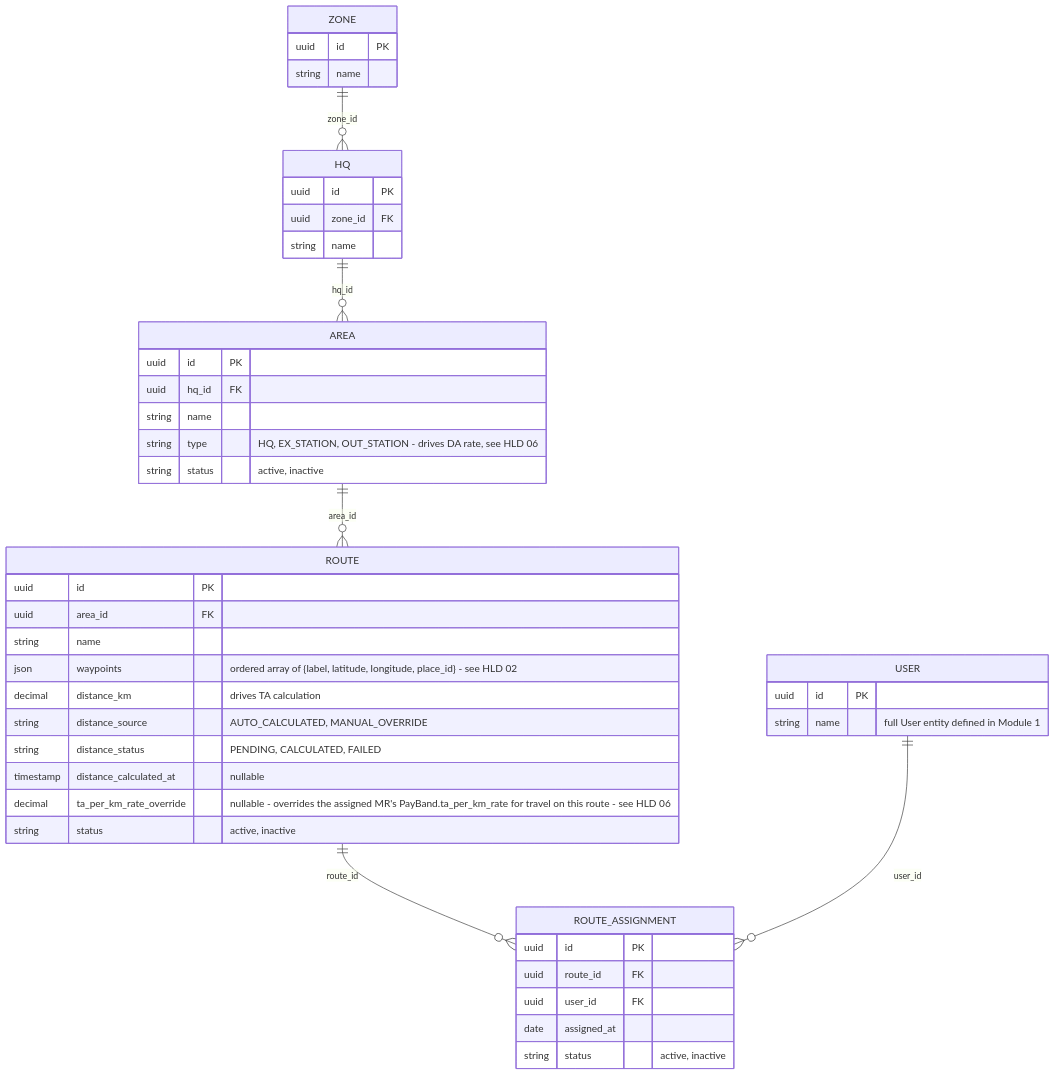
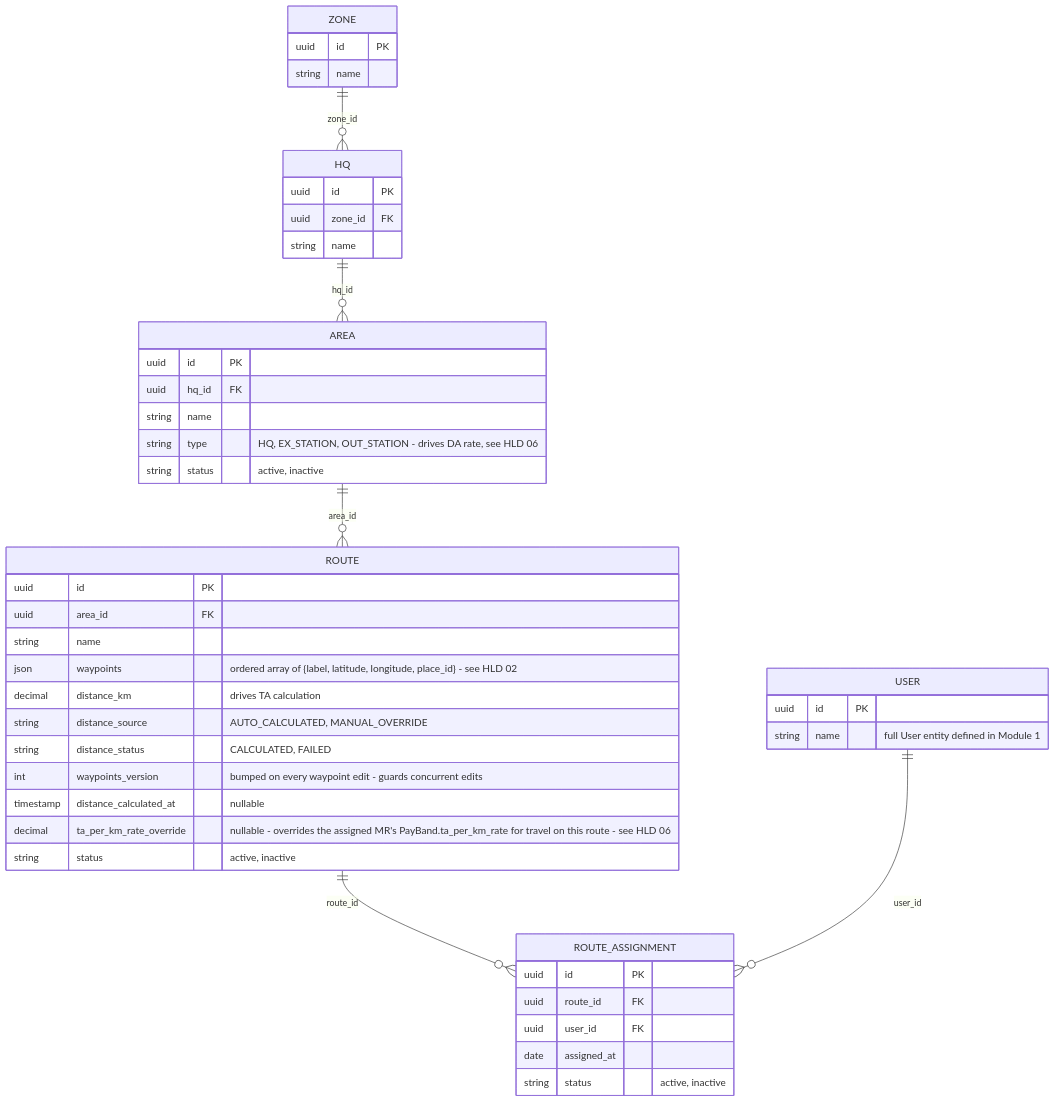
The diagram in docs/erd/02-territory-master.md (reboot-ai-private-limited/greynote), drawn with Mermaid before and after one commit. The commit also changed other lines of this file and 5 other files, not shown here.

````diff
--- a/docs/erd/02-territory-master.md
+++ b/docs/erd/02-territory-master.md
@@ -8,48 +8,49 @@
 ```mermaid
 erDiagram
     USER {
         uuid id PK
         string name "full User entity defined in Module 1"
     }
     ZONE {
         uuid id PK
         string name
     }
     HQ {
         uuid id PK
         uuid zone_id FK
         string name
     }
     AREA {
         uuid id PK
         uuid hq_id FK
         string name
         string type "HQ, EX_STATION, OUT_STATION - drives DA rate, see HLD 06"
         string status "active, inactive"
     }
     ROUTE {
         uuid id PK
         uuid area_id FK
         string name
         json waypoints "ordered array of {label, latitude, longitude, place_id} - see HLD 02"
         decimal distance_km "drives TA calculation"
         string distance_source "AUTO_CALCULATED, MANUAL_OVERRIDE"
-        string distance_status "PENDING, CALCULATED, FAILED"
+        string distance_status "CALCULATED, FAILED"
+        int waypoints_version "bumped on every waypoint edit - guards concurrent edits"
         timestamp distance_calculated_at "nullable"
         decimal ta_per_km_rate_override "nullable - overrides the assigned MR's PayBand.ta_per_km_rate for travel on this route - see HLD 06"
         string status "active, inactive"
     }
     ROUTE_ASSIGNMENT {
         uuid id PK
         uuid route_id FK
         uuid user_id FK
         date assigned_at
         string status "active, inactive"
     }
 
     ZONE ||--o{ HQ : "zone_id"
     HQ ||--o{ AREA : "hq_id"
     AREA ||--o{ ROUTE : "area_id"
     ROUTE ||--o{ ROUTE_ASSIGNMENT : "route_id"
     USER ||--o{ ROUTE_ASSIGNMENT : "user_id"
 ```
````
